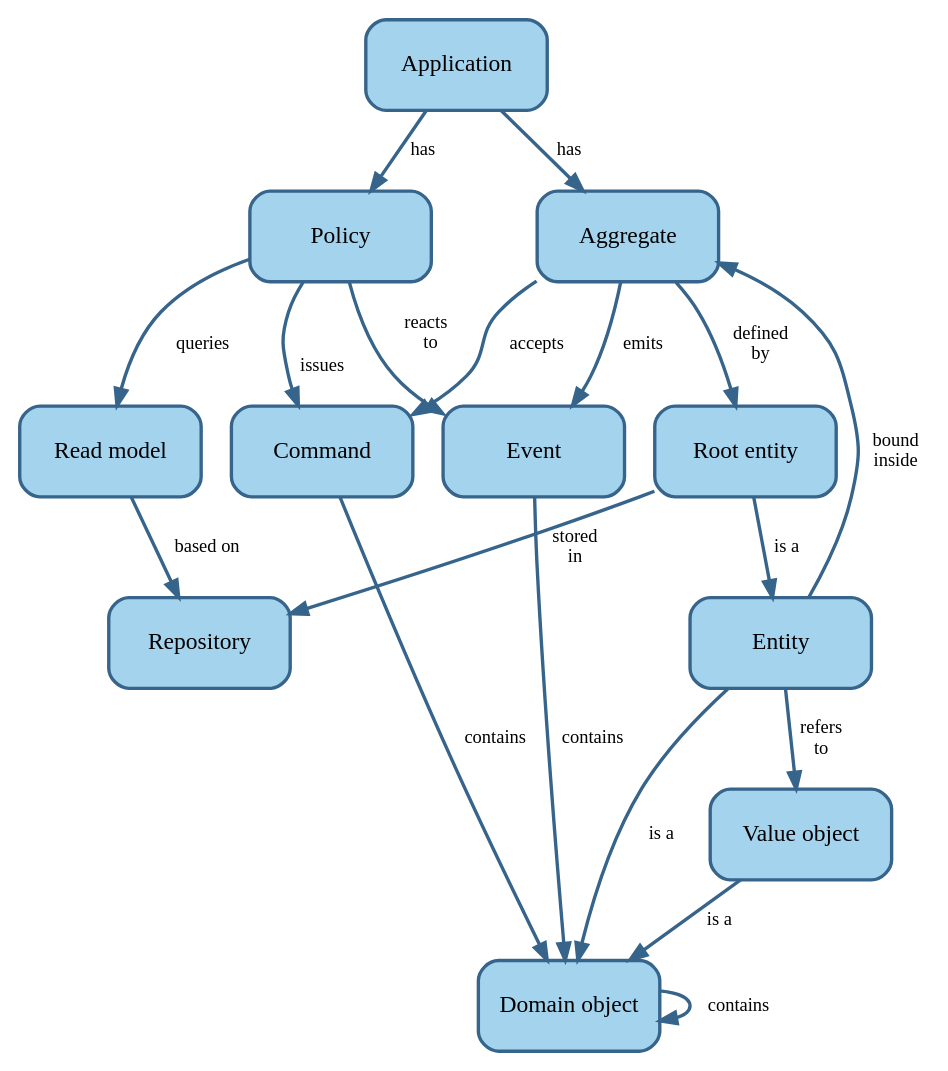
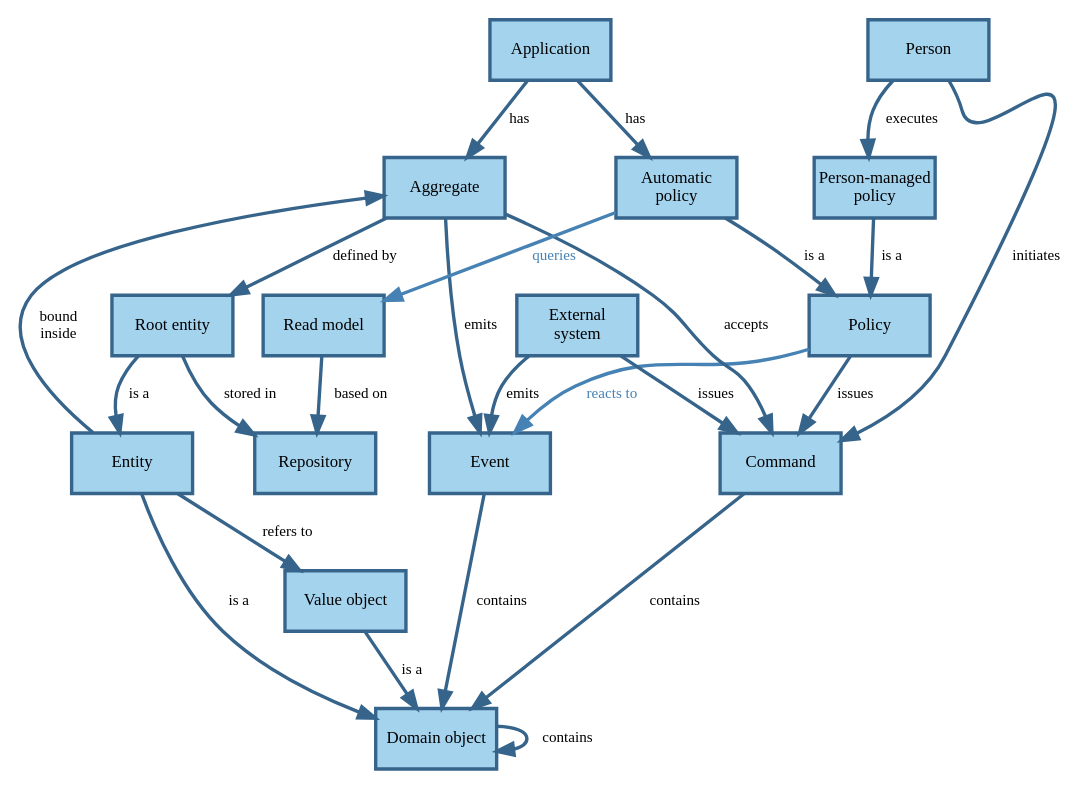
Before and after one commit to setms/book: the fourth of 4 diagrams in docs/requirements/analysis.md, drawn with Graphviz. The commit also changed 8 other files, not shown here.

````diff
--- a/docs/requirements/analysis.md
+++ b/docs/requirements/analysis.md
@@ -225,31 +225,39 @@
 ```dot process
 digraph ddd_application_concept_map {
-  node [shape=rect, style="rounded,filled", fixedsize=true, width=1.5, height=0.75, fillcolor=lightskyblue2,
-    color=steelblue4, penwidth=2];
-  edge [fontsize=11, color=steelblue4, penwidth=2];
+  node [shape=rect, style="filled", fixedsize=true, width=1, height=0.5, fillcolor=lightskyblue2,
+    color=steelblue4, penwidth=2, fontsize=10];
+  edge [fontsize=9, color=steelblue4, penwidth=2];
 
-  Application -> Policy [label="has"];
-  Policy -> Event [label="reacts  \nto\n\n"];
-  Policy -> RM [label="queries       "];
+  Policy -> Event [label="reacts to   ", color=steelblue, fontcolor=steelblue];
   RM [label="Read model"];
-  RM-> Repository [label="based on"];
-  Application -> Aggregate [label="has"];
-  Aggregate -> Event [label="emits    "];
-  Policy -> Command [label="\n\n issues"];
-  Aggregate -> Command [label="accepts  "];
-  Aggregate -> RE [label="defined\nby"];
+  RM-> Repository [label="  based on"];
+  Application -> Aggregate [label=" has"];
+  Aggregate -> Event [label="emits"];
+  Policy -> Command [label=" issues"];
+  Aggregate -> Command [label="accepts    "];
+  Aggregate -> RE [label="defined by"];
   RE[label="Root entity"];
-  RE -> Entity [label=" is a"];
-  RE -> Repository [label="stored\nin"];
-  Entity -> DO [label="is a   "];
+  RE -> Entity [label="  is a"];
+  RE -> Repository [label="stored in      "];
+  Entity -> DO [label="is a    "];
   DO [label="Domain object"];
   VO -> DO [label=" is a"];
   VO [label="Value object"];
   DO -> DO [label="  contains"];
-  Entity -> VO [label="refers\nto"];
-  Entity -> Aggregate [label="  bound\n  inside"];
-  Command -> DO [label=" contains"];
-  Event -> DO [label=" contains"];
-
+  Entity -> VO [label=" refers to"];
+  Entity -> Aggregate [label="bound   \ninside   "];
+  Command -> DO [label="contains"];
+  Event -> DO [label="contains"];
+  Application -> AP [label=" has"];
+  AP -> Policy [label="  is a"];
+  AP [label="Automatic\npolicy"];
+  AP -> RM [label="queries       ", color=steelblue, fontcolor=steelblue];
+  PMP -> Policy [label="  is a"];
+  PMP [label="Person-managed\npolicy"];
+  Person -> PMP [label=" executes   "];
+  Person -> Command [label="  initiates"];
+  ES -> Command [label=" issues"];
+  ES [label="External\nsystem"];
+  ES -> Event [label="emits"];
 }
 ```
````
